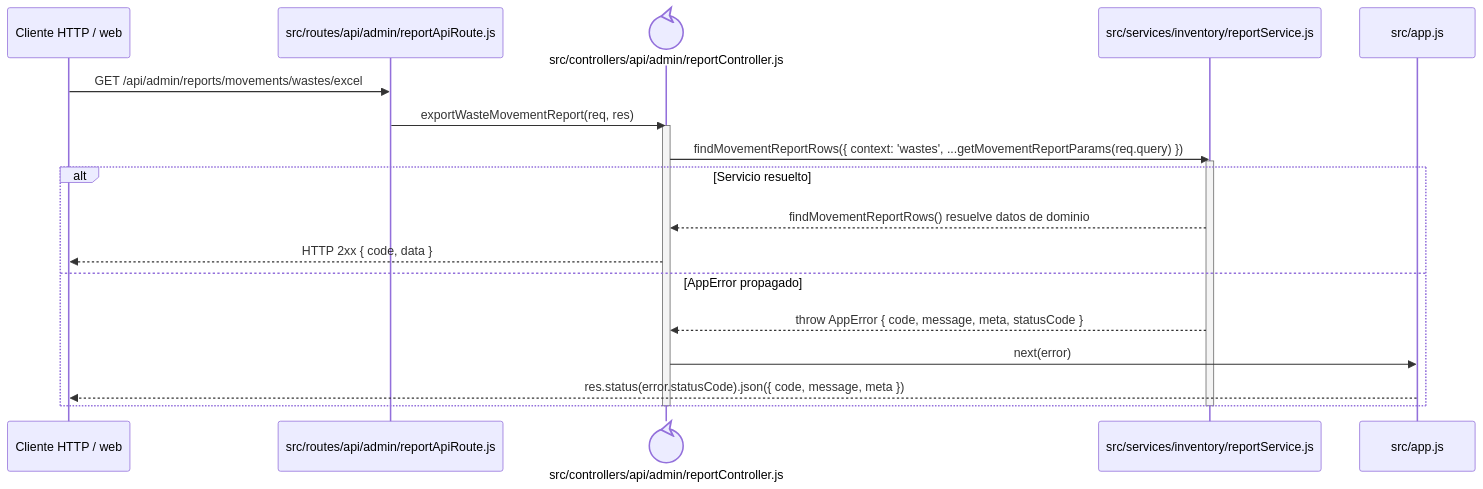
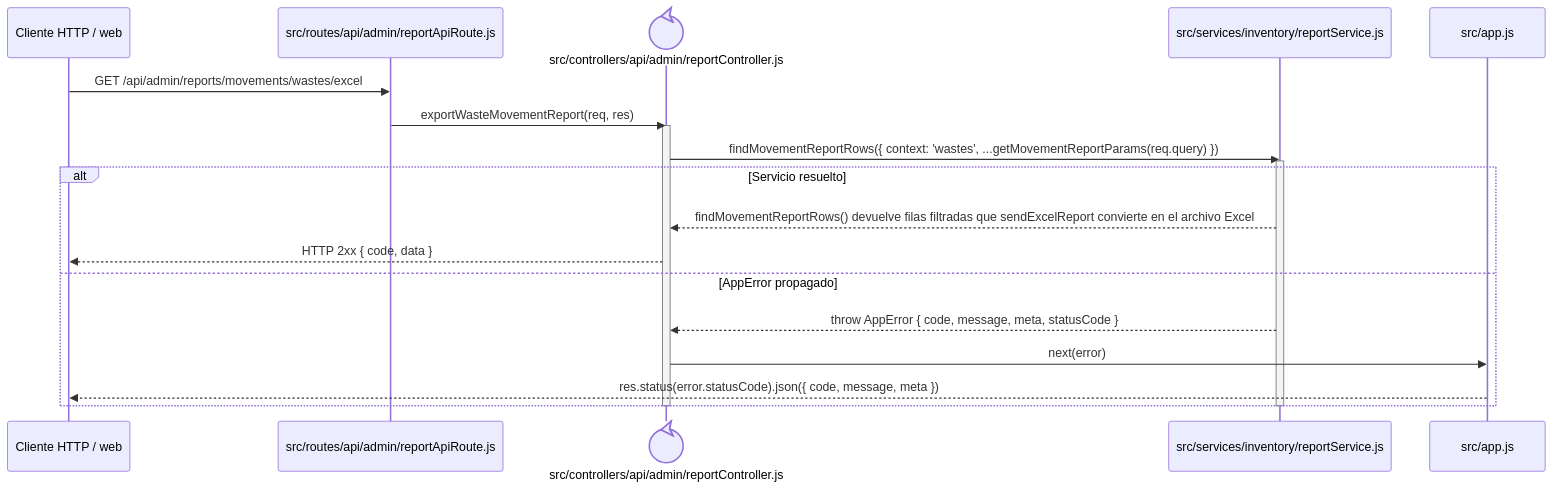
Before and after one commit to gpgsistemas01/nexus: the diagram in docs/architecture/backend-code-sequences/catalogs/cu-alm-15.md, drawn with Mermaid. The commit also changed 102 other files, not shown here.

````diff
--- a/docs/architecture/backend-code-sequences/catalogs/cu-alm-15.md
+++ b/docs/architecture/backend-code-sequences/catalogs/cu-alm-15.md
@@ -6,24 +6,24 @@
 ```mermaid
 sequenceDiagram
     participant Client as Cliente HTTP / web
     participant Route as src/routes/api/admin/reportApiRoute.js
     participant Controller@{ "type": "control" } as src/controllers/api/admin/reportController.js
     participant Domain as src/services/inventory/reportService.js
     participant ErrorHandler as src/app.js
 
     Client->>Route: GET /api/admin/reports/movements/wastes/excel
     Route->>Controller: exportWasteMovementReport(req, res)
     activate Controller
     Controller->>Domain: findMovementReportRows({ context: 'wastes', ...getMovementReportParams(req.query) })
     activate Domain
     alt Servicio resuelto
-        Domain-->>Controller: findMovementReportRows() resuelve datos de dominio
+        Domain-->>Controller: findMovementReportRows() devuelve filas filtradas que sendExcelReport convierte en el archivo Excel
         Controller-->>Client: HTTP 2xx { code, data }
     else AppError propagado
         Domain-->>Controller: throw AppError { code, message, meta, statusCode }
         Controller->>ErrorHandler: next(error)
         ErrorHandler-->>Client: res.status(error.statusCode).json({ code, message, meta })
     end
     deactivate Domain
     deactivate Controller
 ```
````
